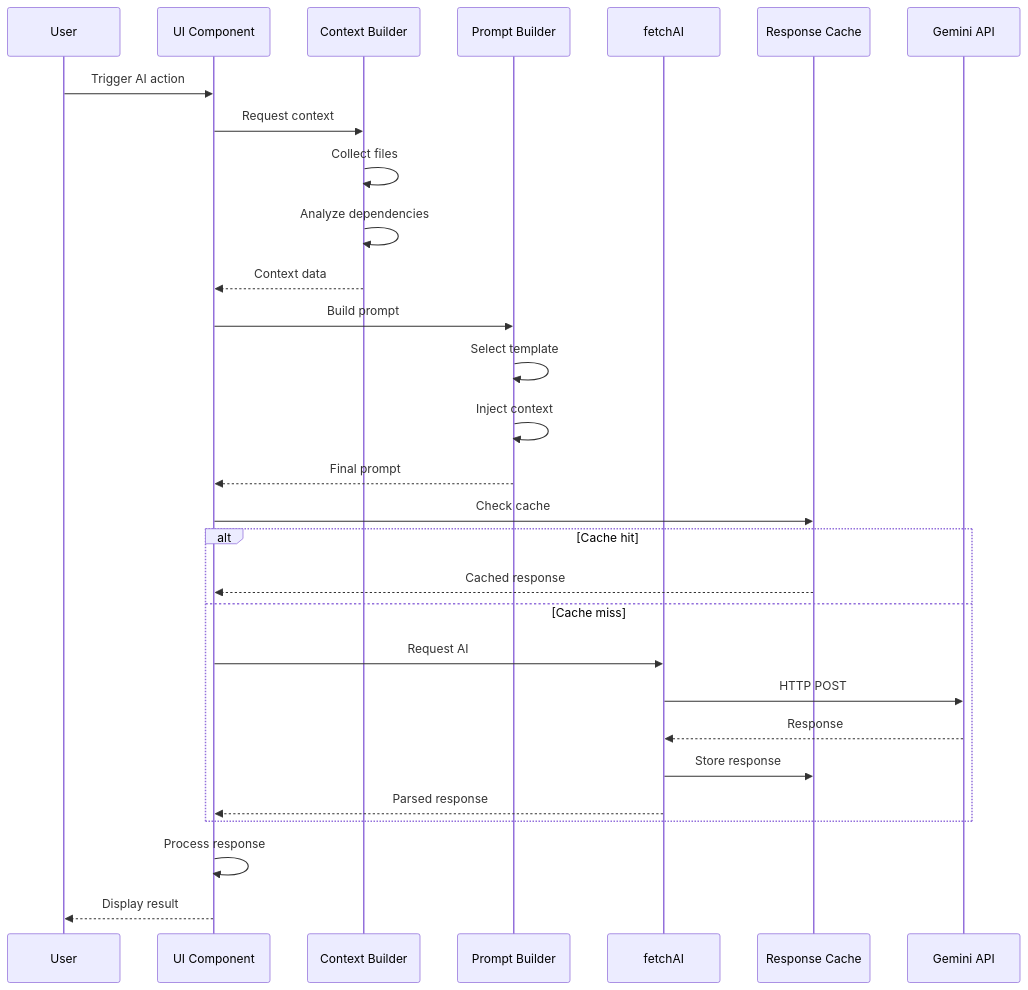
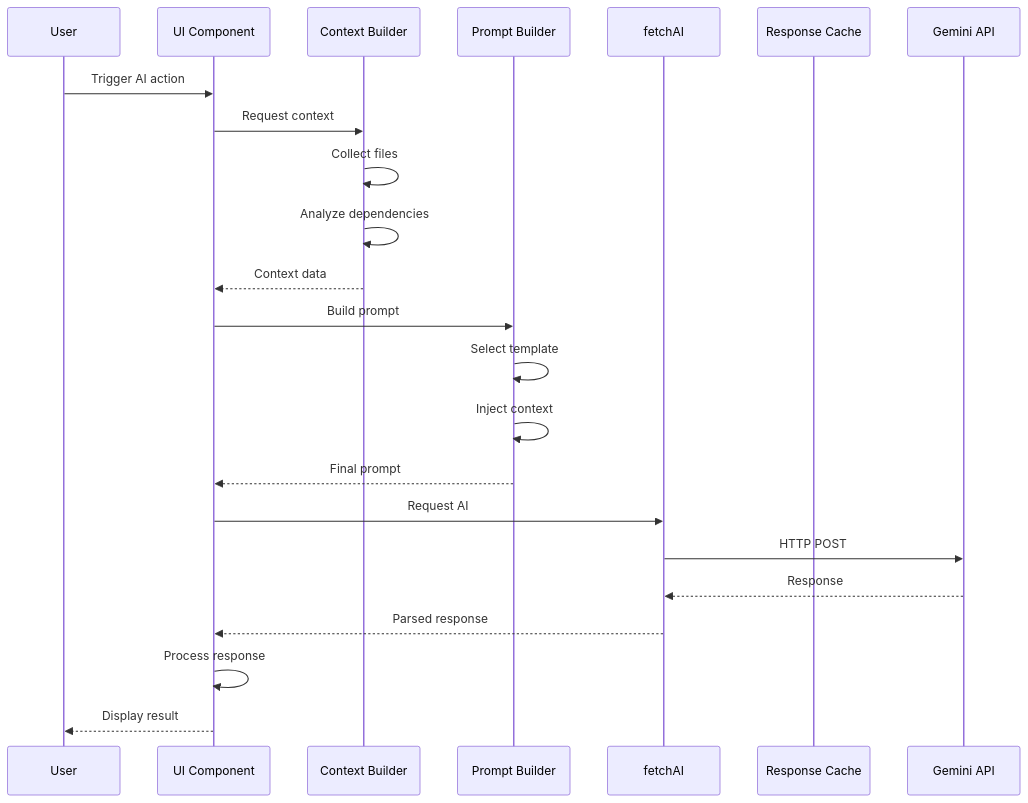
One commit to Stasshe/Pyxis-CodeCanvas changed diagram 17 of 23 in docs/AI-SYSTEM.md. Above: the diagram before and after it, drawn with Mermaid. The commit also changed other lines of this file and 3 other files, not shown here.

````diff
--- a/docs/AI-SYSTEM.md
+++ b/docs/AI-SYSTEM.md
@@ -581,36 +581,29 @@
 ```mermaid
 sequenceDiagram
     participant USER as User
     participant UI as UI Component
     participant CTX as Context Builder
     participant PROMPT as Prompt Builder
     participant API_CLIENT as fetchAI
     participant CACHE as Response Cache
     participant API as Gemini API
 
     USER->>UI: Trigger AI action
     UI->>CTX: Request context
     CTX->>CTX: Collect files
     CTX->>CTX: Analyze dependencies
     CTX-->>UI: Context data
     
     UI->>PROMPT: Build prompt
     PROMPT->>PROMPT: Select template
     PROMPT->>PROMPT: Inject context
     PROMPT-->>UI: Final prompt
     
-    UI->>CACHE: Check cache
-    
-    alt Cache hit
-        CACHE-->>UI: Cached response
-    else Cache miss
-        UI->>API_CLIENT: Request AI
-        API_CLIENT->>API: HTTP POST
-        API-->>API_CLIENT: Response
-        API_CLIENT->>CACHE: Store response
-        API_CLIENT-->>UI: Parsed response
-    end
+    UI->>API_CLIENT: Request AI
+    API_CLIENT->>API: HTTP POST
+    API-->>API_CLIENT: Response
+    API_CLIENT-->>UI: Parsed response
     
     UI->>UI: Process response
     UI-->>USER: Display result
 ```
````
